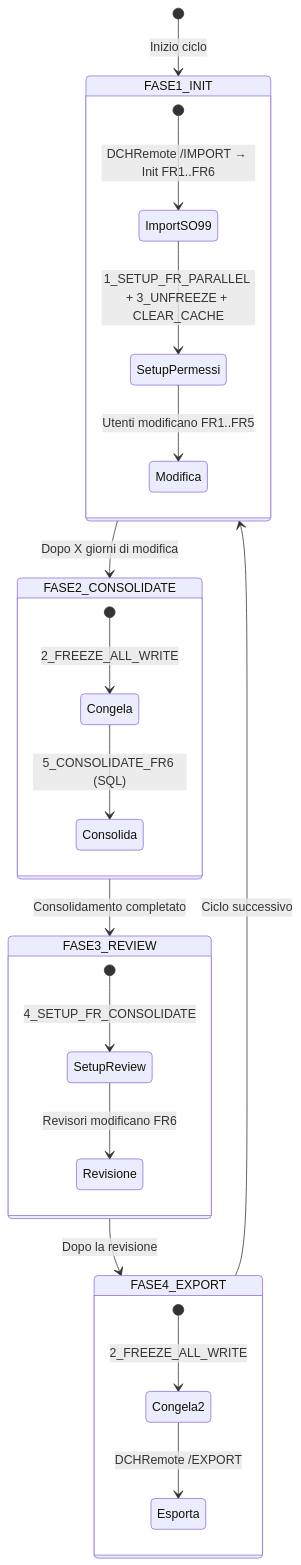
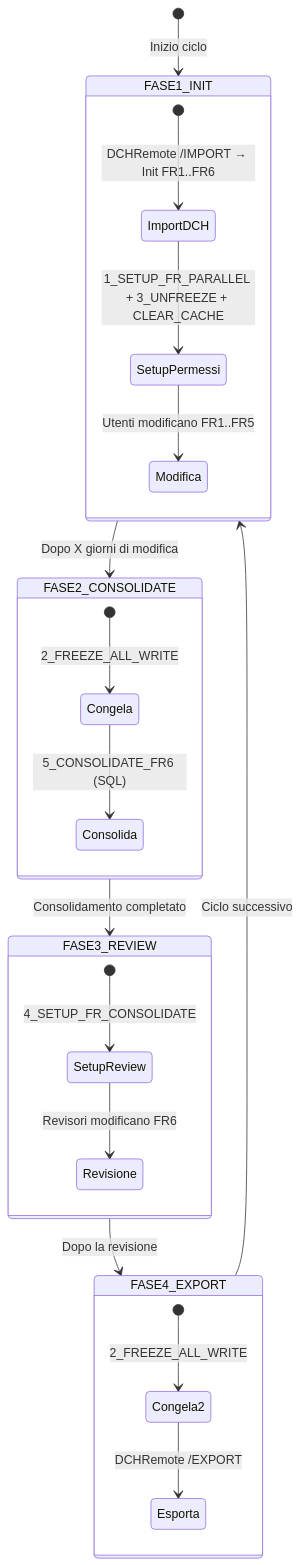
One commit to dserranotools/DCH_Implementations changed the second of 3 diagrams in Docs/Dr Schaer/DCH-Workflow/it/DCH_MultiFR_Parallel_Workflow_1_Main_it.md. Above: the diagram before and after it, drawn with Mermaid. The commit also changed other lines of this file and 2 other files, not shown here.

Commit message:
Update DCH Multi-FR documentation: correct import command and enhance file copy instructions

````diff
--- a/Docs/Dr Schaer/DCH-Workflow/it/DCH_MultiFR_Parallel_Workflow_1_Main_it.md
+++ b/Docs/Dr Schaer/DCH-Workflow/it/DCH_MultiFR_Parallel_Workflow_1_Main_it.md
@@ -132,30 +132,30 @@
 ```mermaid
 stateDiagram-v2
     [*] --> FASE1_INIT: Inizio ciclo
     
     state FASE1_INIT {
-        [*] --> ImportSO99: DCHRemote /IMPORT → Init FR1..FR6
-        ImportSO99 --> SetupPermessi: 1_SETUP_FR_PARALLEL + 3_UNFREEZE + CLEAR_CACHE
+        [*] --> ImportDCH: DCHRemote /IMPORT → Init FR1..FR6
+        ImportDCH --> SetupPermessi: 1_SETUP_FR_PARALLEL + 3_UNFREEZE + CLEAR_CACHE
         SetupPermessi --> Modifica: Utenti modificano FR1..FR5
     }
     
     state FASE2_CONSOLIDATE {
         [*] --> Congela: 2_FREEZE_ALL_WRITE
         Congela --> Consolida: 5_CONSOLIDATE_FR6 (SQL)
     }
     
     state FASE3_REVIEW {
         [*] --> SetupReview: 4_SETUP_FR_CONSOLIDATE
         SetupReview --> Revisione: Revisori modificano FR6
     }
     
     state FASE4_EXPORT {
         [*] --> Congela2: 2_FREEZE_ALL_WRITE
         Congela2 --> Esporta: DCHRemote /EXPORT
     }
     
     FASE1_INIT --> FASE2_CONSOLIDATE: Dopo X giorni di modifica
     FASE2_CONSOLIDATE --> FASE3_REVIEW: Consolidamento completato
     FASE3_REVIEW --> FASE4_EXPORT: Dopo la revisione
     FASE4_EXPORT --> FASE1_INIT: Ciclo successivo
 ```
````
